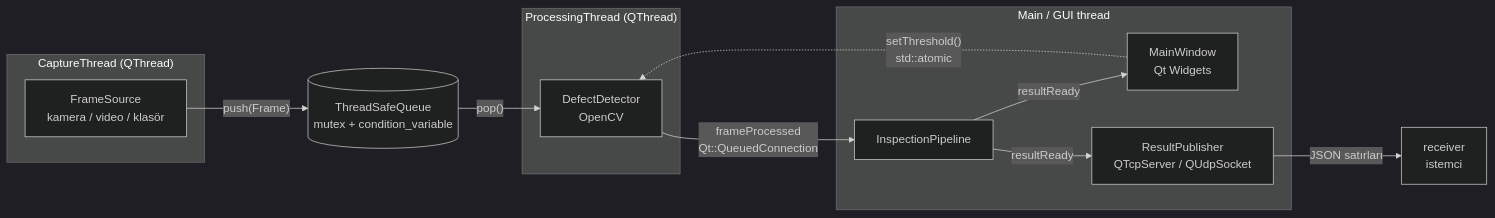
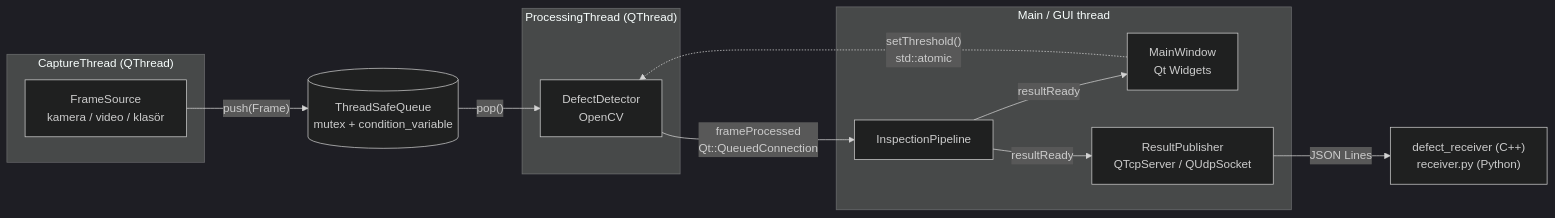
The diagram in README.md (mervanAksu/QT-Defect-Inspector), drawn with Mermaid (dark theme) before and after one commit. The commit also changed other lines of this file, not shown here.

````diff
--- a/README.md
+++ b/README.md
@@ -19,26 +42,26 @@
 ```mermaid
 flowchart LR
     subgraph CT["CaptureThread (QThread)"]
         FS["FrameSource<br/>kamera / video / klasör"]
     end
 
     FS -- "push(Frame)" --> Q[("ThreadSafeQueue<br/>mutex + condition_variable")]
 
     subgraph PT["ProcessingThread (QThread)"]
         DD["DefectDetector<br/>OpenCV"]
     end
 
     Q -- "pop()" --> DD
 
     subgraph GT["Main / GUI thread"]
         IP["InspectionPipeline"]
         MW["MainWindow<br/>Qt Widgets"]
         RP["ResultPublisher<br/>QTcpServer / QUdpSocket"]
     end
 
     DD -- "frameProcessed<br/>Qt::QueuedConnection" --> IP
     IP -- "resultReady" --> MW
     IP -- "resultReady" --> RP
     MW -. "setThreshold()<br/>std::atomic" .-> DD
-    RP -- "JSON satırları" --> RC["receiver<br/>istemci"]
+    RP -- "JSON Lines" --> RC["defect_receiver (C++)<br/>receiver.py (Python)"]
 ```
````
